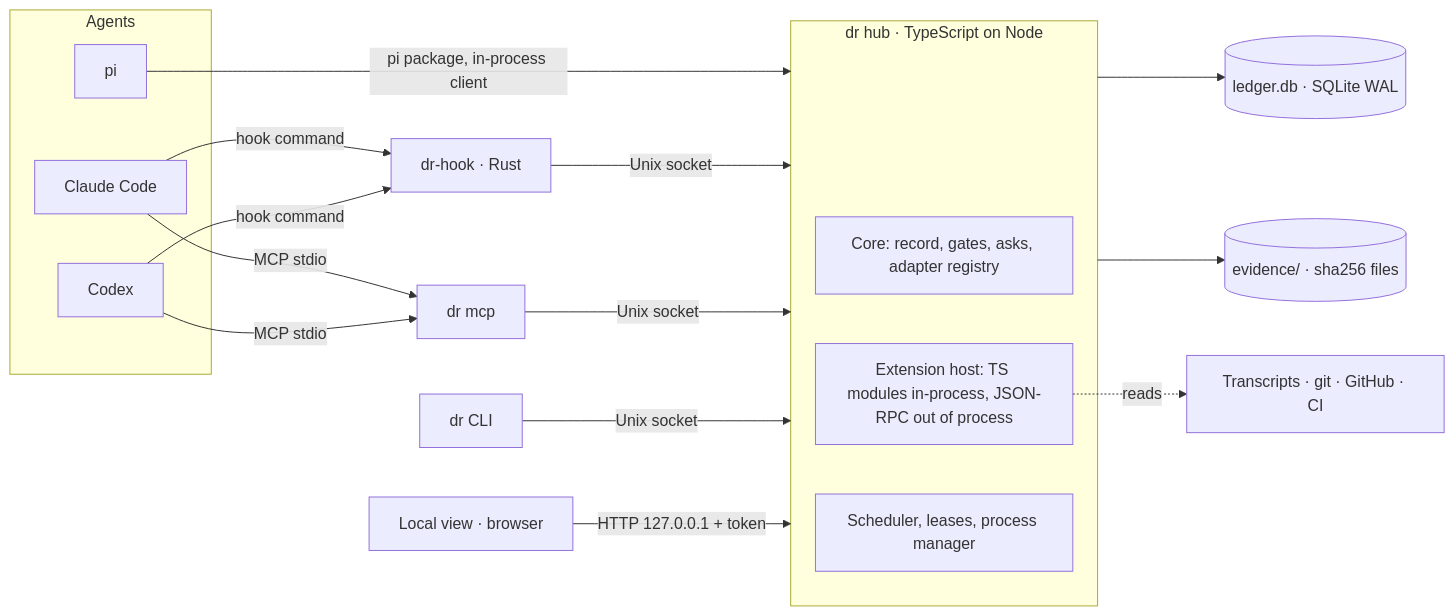
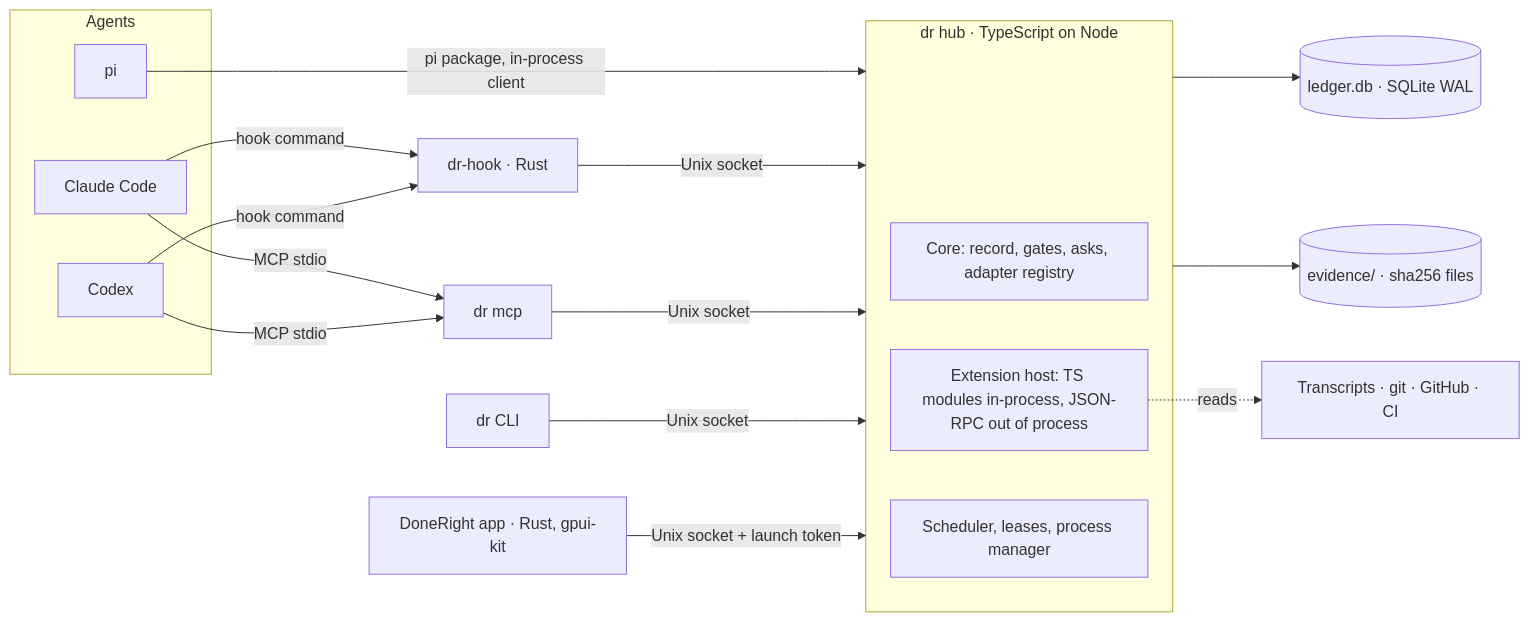
Before and after one commit to windoliver/doneright: the first of 3 diagrams in docs/technical-design.md, drawn with Mermaid. The commit also changed other lines of this file and 4 other files, not shown here.

First line of the commit message:
One native app on gpui-kit, and Add anything

````diff
--- a/docs/technical-design.md
+++ b/docs/technical-design.md
@@ -39,25 +39,25 @@
 ```mermaid
 flowchart LR
   subgraph Agents
     CC[Claude Code]
     CX[Codex]
     PI[pi]
   end
   CC -- hook command --> HK[dr-hook · Rust]
   CX -- hook command --> HK
   PI -- pi package, in-process client --> HUB
   HK -- Unix socket --> HUB
   CC -- MCP stdio --> MCP[dr mcp]
   CX -- MCP stdio --> MCP
   MCP -- Unix socket --> HUB
   CLI[dr CLI] -- Unix socket --> HUB
-  VIEW[Local view · browser] -- HTTP 127.0.0.1 + token --> HUB
+  APP[DoneRight app · Rust, gpui-kit] -- Unix socket + launch token --> HUB
   subgraph HUB[dr hub · TypeScript on Node]
     CORE[Core: record, gates, asks, adapter registry]
     EXT[Extension host: TS modules in-process, JSON-RPC out of process]
     SCH[Scheduler, leases, process manager]
   end
   HUB --> DB[(ledger.db · SQLite WAL)]
   HUB --> EV[(evidence/ · sha256 files)]
   EXT -. reads .-> SRC[Transcripts · git · GitHub · CI]
 ```
````
